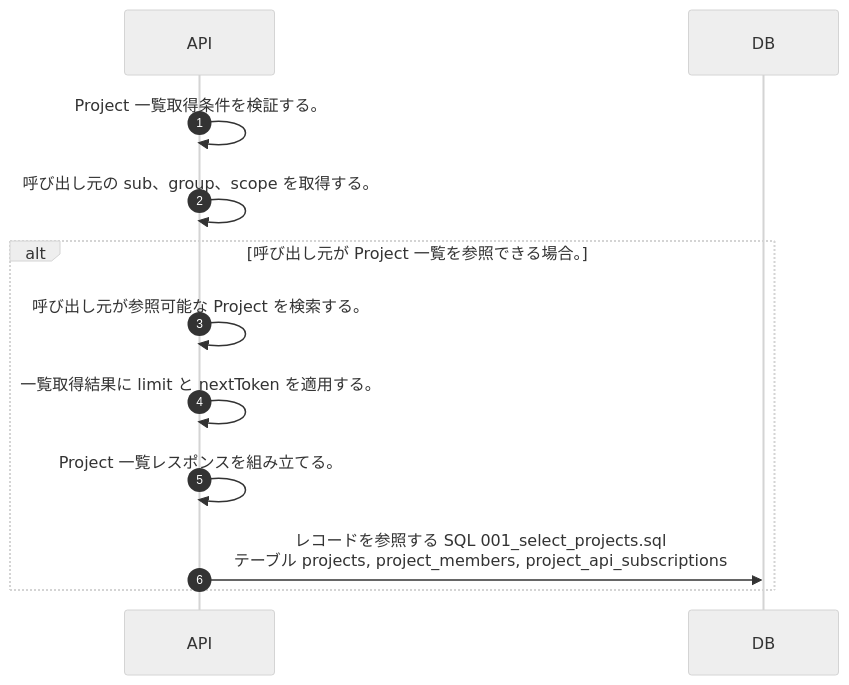
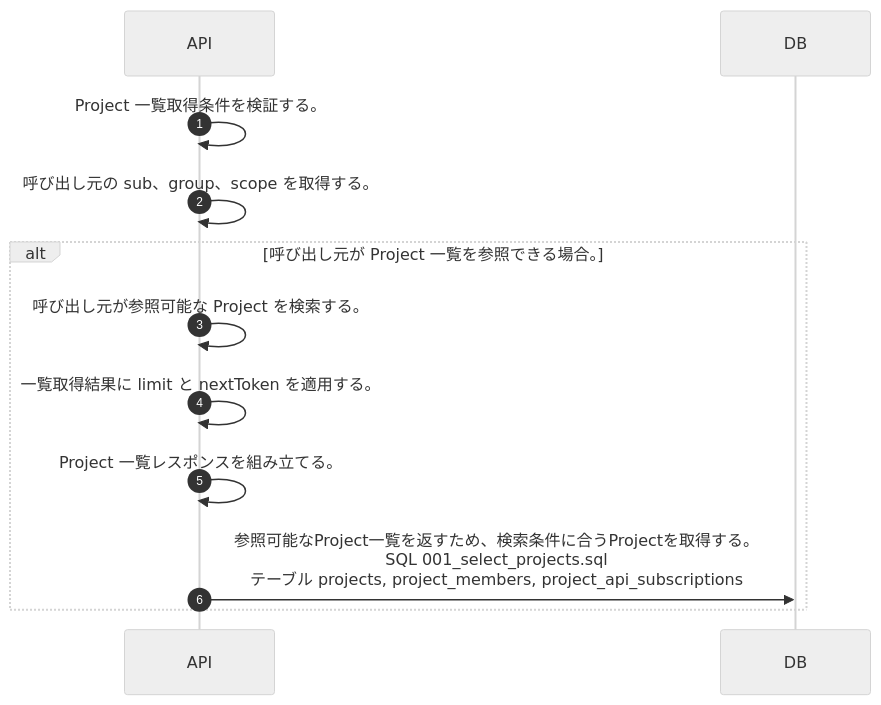
The diagram in docs/spec/40.apis/projects/list_projects/sequence_gen.md (tsuji-tomonori/lazunex), drawn with Mermaid (neutral theme) before and after one commit. The commit also changed 117 other files, not shown here.

Commit message:
📝 docs(api): SQL意図をシーケンスへ伝播

````diff
--- a/docs/spec/40.apis/projects/list_projects/sequence_gen.md
+++ b/docs/spec/40.apis/projects/list_projects/sequence_gen.md
@@ -5,14 +5,14 @@
 ```mermaid
 sequenceDiagram
   autonumber
   participant API as API
   participant DB as DB
   API->>API: Project 一覧取得条件を検証する。
   API->>API: 呼び出し元の sub、group、scope を取得する。
   alt 呼び出し元が Project 一覧を参照できる場合。
     API->>API: 呼び出し元が参照可能な Project を検索する。
     API->>API: 一覧取得結果に limit と nextToken を適用する。
     API->>API: Project 一覧レスポンスを組み立てる。
-    API->>DB: レコードを参照する SQL 001_select_projects.sql<br/>テーブル projects, project_members, project_api_subscriptions
+    API->>DB: 参照可能なProject一覧を返すため、検索条件に合うProjectを取得する。<br/>SQL 001_select_projects.sql<br/>テーブル projects, project_members, project_api_subscriptions
   end
 ```
````
